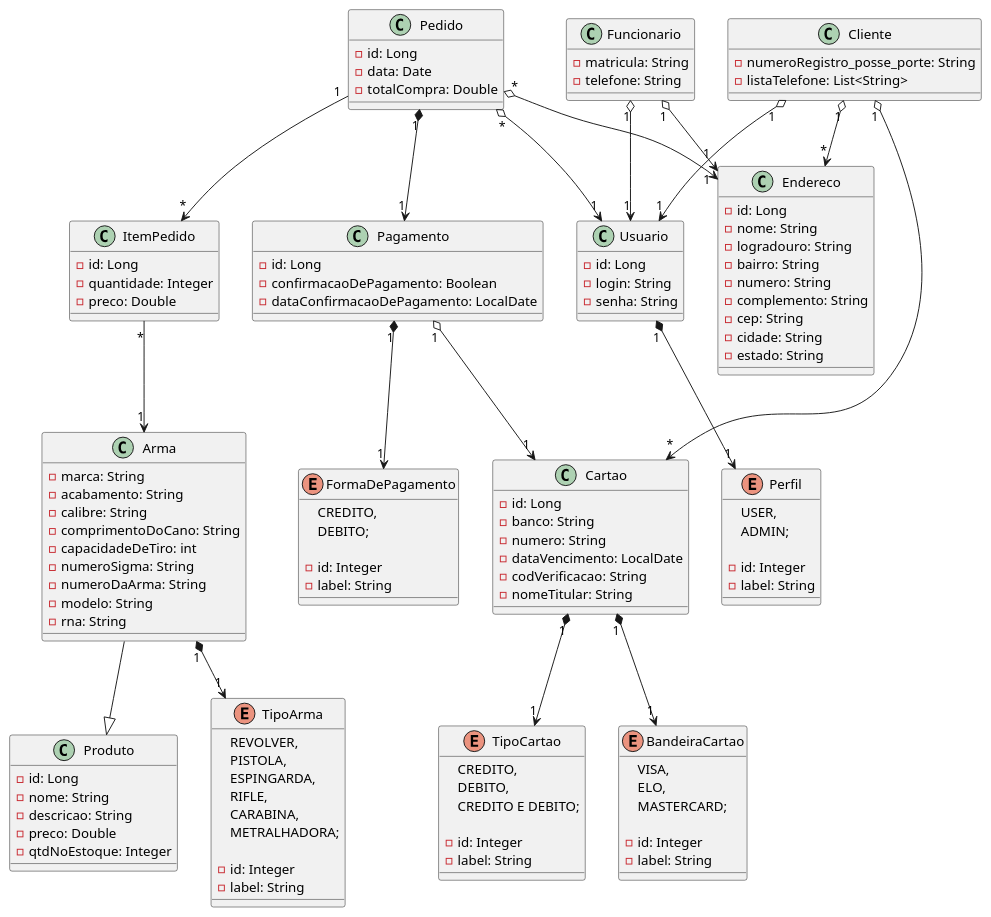
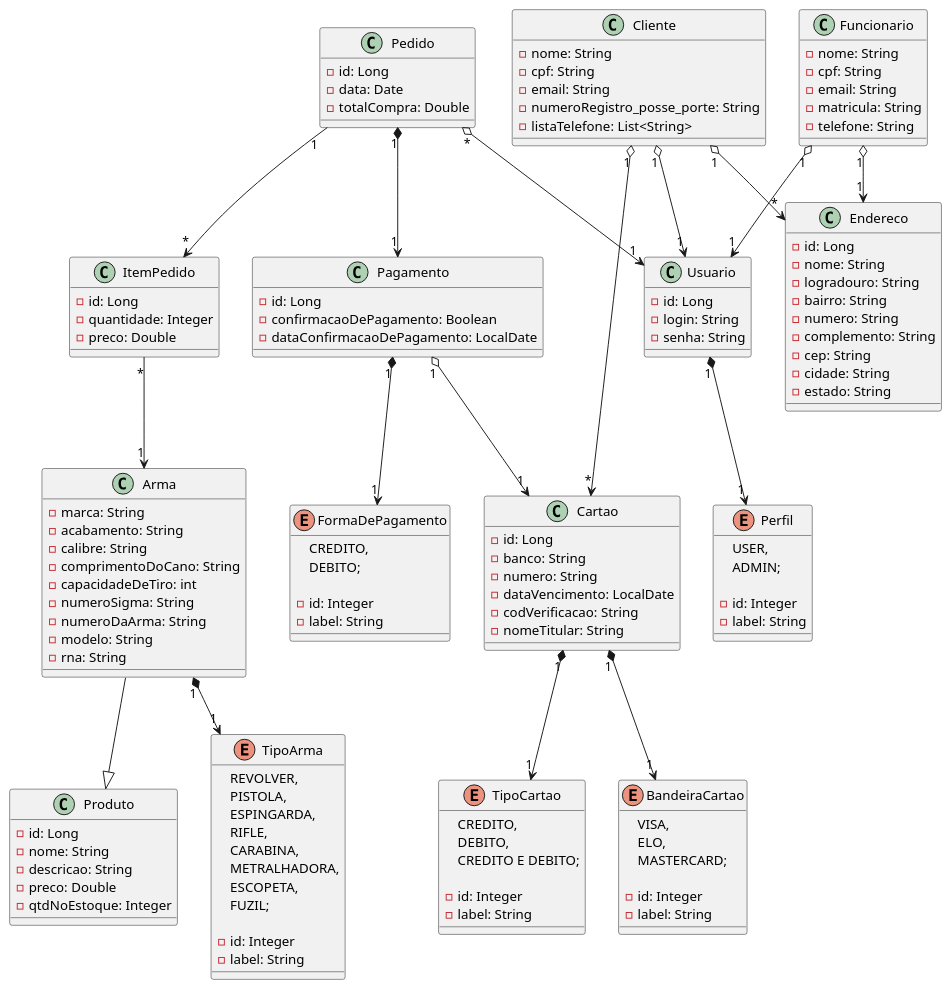
One commit to daniel-ferreira-da-costa/militropa changed the diagram in src/main/java/unitins/tp1/docs/uml_militropa.plantuml. Above: the diagram before and after it, drawn with PlantUML. The commit also changed 14 other files, not shown here.

```diff
--- a/src/main/java/unitins/tp1/docs/uml_militropa.plantuml
+++ b/src/main/java/unitins/tp1/docs/uml_militropa.plantuml
@@ -1,150 +1,157 @@
 @startuml Tabacaria
 '========Produto========='
 class Produto{
     - id: Long
     - nome: String
     - descricao: String
     - preco: Double
     - qtdNoEstoque: Integer
 }
 
 class Arma{
     - marca: String
     - acabamento: String
     - calibre: String
     - comprimentoDoCano: String
     - capacidadeDeTiro: int
     - numeroSigma: String
     - numeroDaArma: String
     - modelo: String
     - rna: String
 }
 
 enum TipoArma{
     REVOLVER,
     PISTOLA,
     ESPINGARDA,
     RIFLE,
     CARABINA,
-    METRALHADORA;
+    METRALHADORA,
+    ESCOPETA,
+    FUZIL;
 
     - id: Integer
     - label: String
 }
 
 '========Usuario========='
 class Usuario{
     - id: Long
     - login: String
     - senha: String
 }
 
 enum Perfil{
     USER,
     ADMIN;
 
     - id: Integer
     - label: String
 }
 
 class Funcionario{
+    - nome: String
+    - cpf: String
+    - email: String
     - matricula: String
     - telefone: String
 }
 
 class Cliente{
+    - nome: String
+    - cpf: String
+    - email: String
     - numeroRegistro_posse_porte: String
     - listaTelefone: List<String>
 }
 '========Venda========='
 class Pedido {
     - id: Long
     - data: Date
     - totalCompra: Double
 }
 
 class ItemPedido {
     - id: Long
     - quantidade: Integer
     - preco: Double
 }
 '========Pagamento========='
 class Pagamento{
     - id: Long
     - confirmacaoDePagamento: Boolean
     - dataConfirmacaoDePagamento: LocalDate
 }
 
 class Cartao{
     - id: Long
     - banco: String
     - numero: String
     - dataVencimento: LocalDate
     - codVerificacao: String
     - nomeTitular: String
 }
 
 enum TipoCartao{
     CREDITO,
     DEBITO,
     CREDITO E DEBITO;
 
     - id: Integer
     - label: String
 }
 
 enum FormaDePagamento {
     CREDITO,
     DEBITO;
 
     - id: Integer
     - label: String
 }
 
 enum BandeiraCartao {
     VISA,
     ELO,
     MASTERCARD;
 
     - id: Integer
     - label: String
 }
 '========Endereco========='
 class Endereco {
     - id: Long
     - nome: String
     - logradouro: String
     - bairro: String
     - numero: String
     - complemento: String
     - cep: String
     - cidade: String
     - estado: String
 }
 
 '========Relacionamentos========='
 
 Pedido "1" *--> "1" Pagamento
 Pedido "1" --> "*" ItemPedido
 Pedido "*" o--> "1" Usuario
-Pedido "*" o--> "1" Endereco
 
 Pagamento "1" o--> "1" Cartao
 Pagamento "1" *--> "1" FormaDePagamento
 
 Cartao "1" *--> "1" TipoCartao
 Cartao "1" *--> "1" BandeiraCartao
 
 ItemPedido "*" --> "1" Arma
 
 Usuario "1" *--> "1" Perfil
 Funcionario "1" o--> "1" Usuario
 Funcionario "1" o--> "1" Endereco
 Cliente "1" o--> "*" Endereco
 Cliente "1" o--> "1" Usuario
 Cliente "1" o--> "*" Cartao
 
 Arma --|> Produto
 Arma "1" *--> "1" TipoArma
 
 @enduml
```
